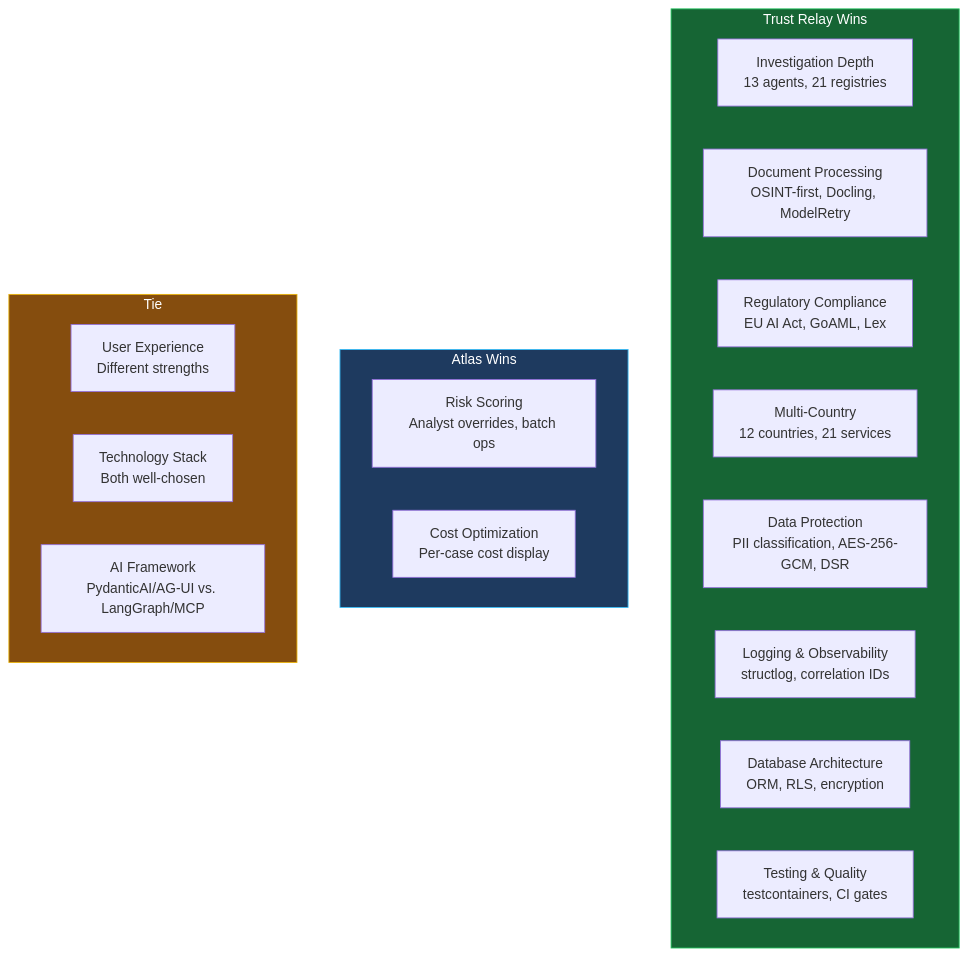
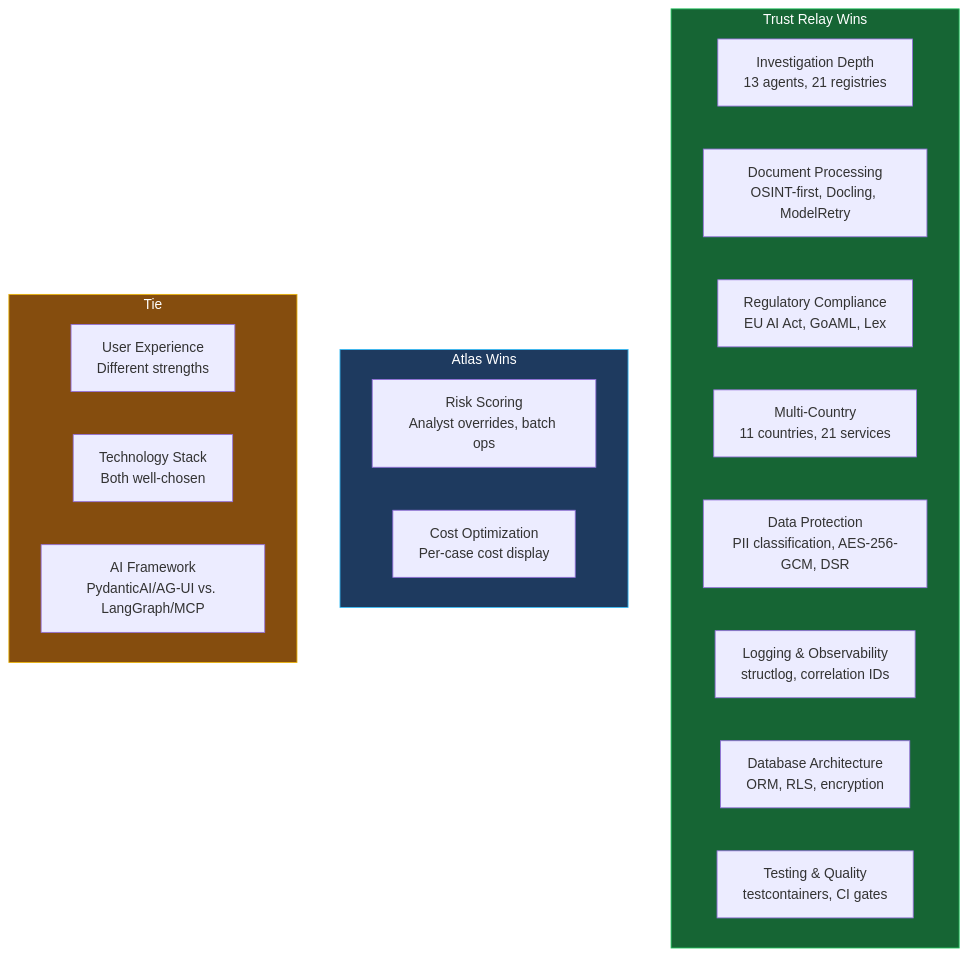
Before and after one commit to Tsunami-max/trust-relay-docs: the second of 2 diagrams in docs/atlas/architecture-comparison.md, drawn with Mermaid. The commit also changed other lines of this file and 18 other files, not shown here.

First line of the commit message:
docs(atlas): v5.0 / v5.1 architecture refresh — multi-tenancy, plugins, credentials, claims

````diff
--- a/docs/atlas/architecture-comparison.md
+++ b/docs/atlas/architecture-comparison.md
@@ -512,28 +512,28 @@
 ```mermaid
 flowchart TD
     subgraph TrustRelayWins["Trust Relay Wins"]
         TR1["Investigation Depth<br/>13 agents, 21 registries"]
         TR2["Document Processing<br/>OSINT-first, Docling, ModelRetry"]
         TR3["Regulatory Compliance<br/>EU AI Act, GoAML, Lex"]
-        TR4["Multi-Country<br/>12 countries, 21 services"]
+        TR4["Multi-Country<br/>11 countries, 21 services"]
         TR5["Data Protection<br/>PII classification, AES-256-GCM, DSR"]
         TR6["Logging & Observability<br/>structlog, correlation IDs"]
         TR7["Database Architecture<br/>ORM, RLS, encryption"]
         TR8["Testing & Quality<br/>testcontainers, CI gates"]
     end
 
     subgraph AtlasWins["Atlas Wins"]
         A1["Risk Scoring<br/>Analyst overrides, batch ops"]
         A2["Cost Optimization<br/>Per-case cost display"]
     end
 
     subgraph Ties["Tie"]
         T1["User Experience<br/>Different strengths"]
         T2["Technology Stack<br/>Both well-chosen"]
         T3["AI Framework<br/>PydanticAI/AG-UI vs. LangGraph/MCP"]
     end
 
     style TrustRelayWins fill:#166534,stroke:#22c55e,color:#fff
     style AtlasWins fill:#1e3a5f,stroke:#38bdf8,color:#fff
     style Ties fill:#854d0e,stroke:#eab308,color:#fff
 ```
````
